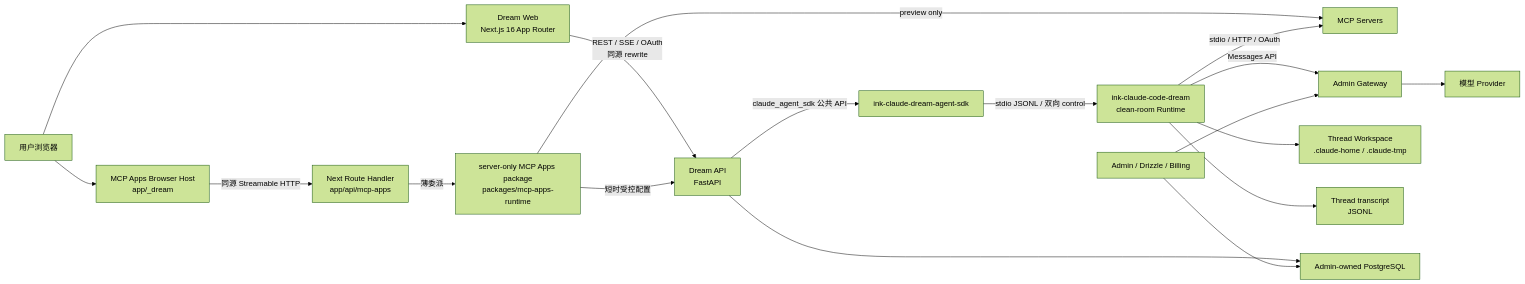
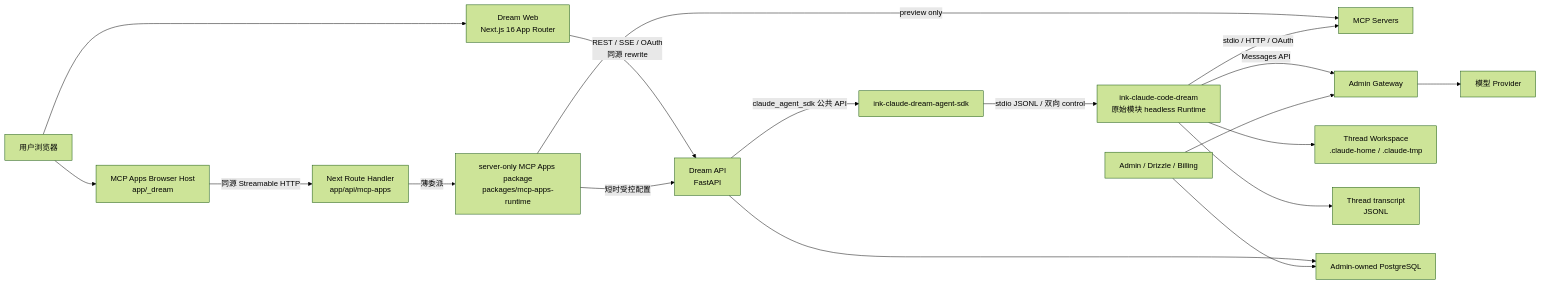
Before and after one commit to glide-the/im-dream: the first of 4 diagrams in docs/architecture/项目架构设计说明.md, drawn with Mermaid (forest theme). The commit also changed other lines of this file and 26 other files, not shown here.

Commit message:
chore(dream): align unified original-module runtime 0.1.8

````diff
--- a/docs/architecture/项目架构设计说明.md
+++ b/docs/architecture/项目架构设计说明.md
@@ -37,20 +37,20 @@
 ```mermaid
 flowchart LR
     U["用户浏览器"] --> FE["Dream Web<br/>Next.js 16 App Router"]
     FE -->|"REST / SSE / OAuth<br/>同源 rewrite"| API["Dream API<br/>FastAPI"]
     U --> HOST["MCP Apps Browser Host<br/>app/_dream"]
     HOST -->|"同源 Streamable HTTP"| RH["Next Route Handler<br/>app/api/mcp-apps"]
     RH -->|"薄委派"| NRT["server-only MCP Apps package<br/>packages/mcp-apps-runtime"]
     NRT -->|"短时受控配置"| API
     NRT -->|"preview only"| MCP
     API -->|"claude_agent_sdk 公共 API"| SDK["ink-claude-dream-agent-sdk"]
-    SDK -->|"stdio JSONL / 双向 control"| RT["ink-claude-code-dream<br/>clean-room Runtime"]
+    SDK -->|"stdio JSONL / 双向 control"| RT["ink-claude-code-dream<br/>原始模块 headless Runtime"]
     RT -->|"Messages API"| GW["Admin Gateway"]
     RT -->|"stdio / HTTP / OAuth"| MCP["MCP Servers"]
     RT --> WS["Thread Workspace<br/>.claude-home / .claude-tmp"]
     RT --> TS["Thread transcript<br/>JSONL"]
     API --> PG["Admin-owned PostgreSQL"]
     ADMIN["Admin / Drizzle / Billing"] --> PG
     ADMIN --> GW
     GW --> PROVIDER["模型 Provider"]
 ```
````
